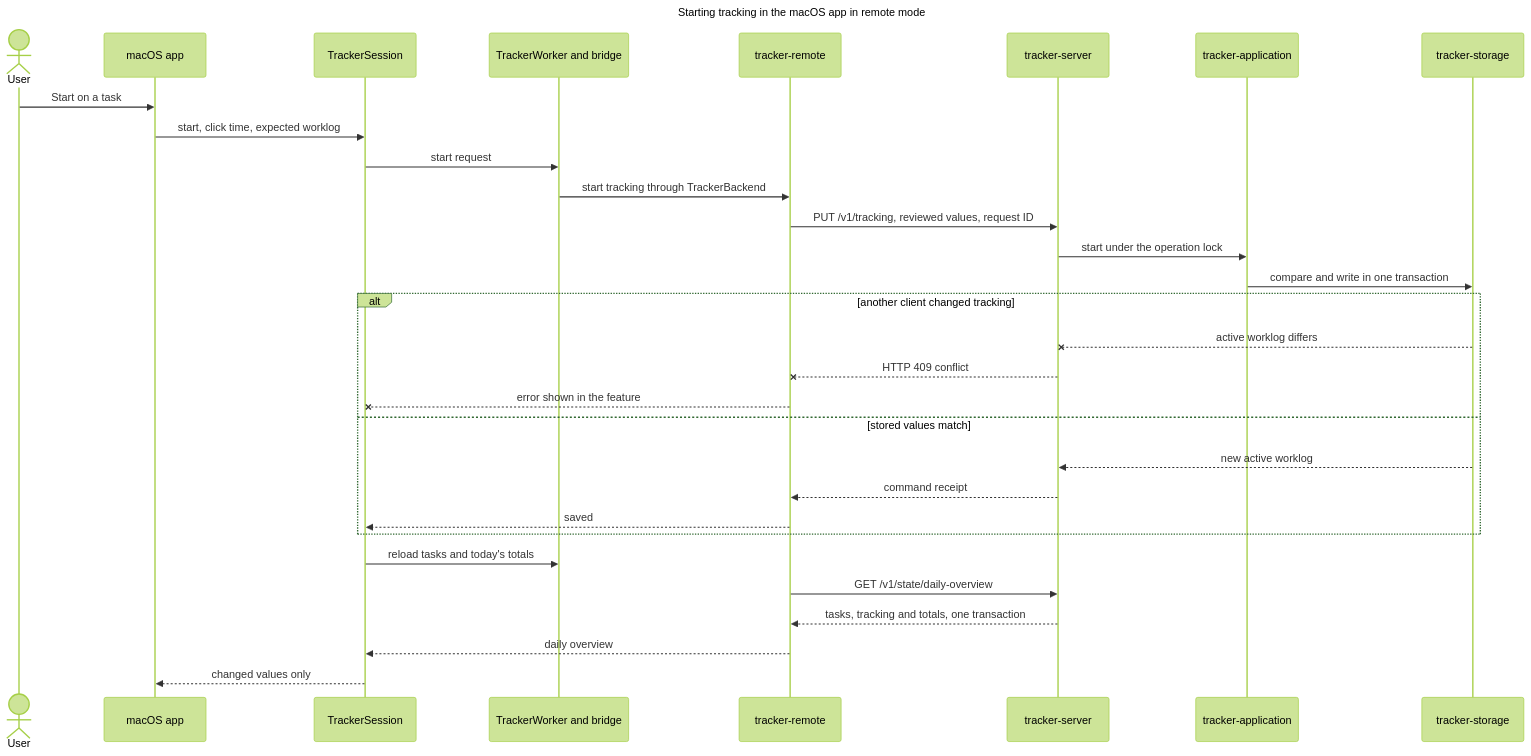
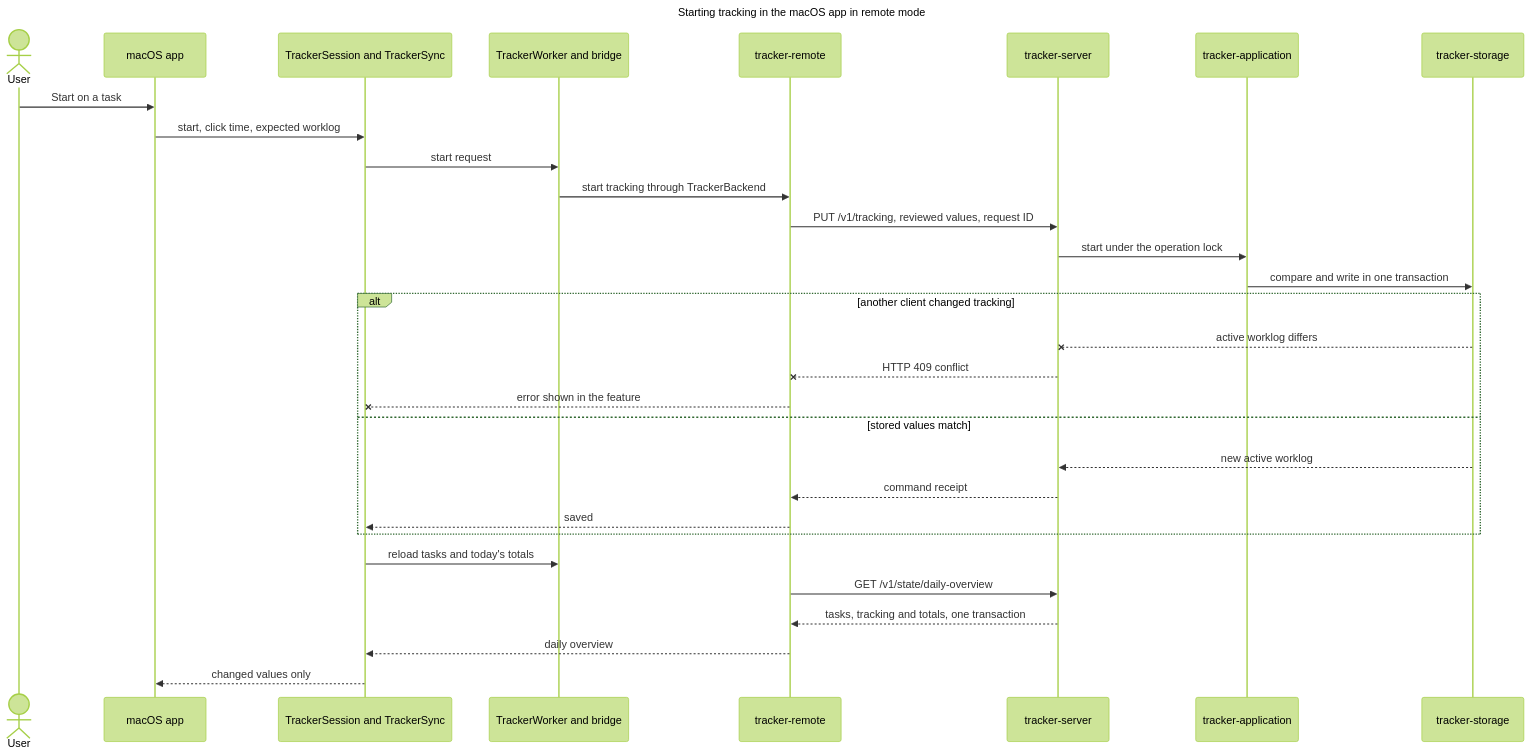
Before and after one commit to remshams/time-tracker: the fifth of 6 diagrams in docs/architecture/architecture.md, drawn with Mermaid (forest theme). The commit also changed 1 other file, not shown here.

Commit message:
docs(Architecture): show TrackerSync in the start tracking sequence
Refs #290

````diff
--- a/docs/architecture/architecture.md
+++ b/docs/architecture/architecture.md
@@ -238,35 +238,35 @@
 ```mermaid
 ---
 title: Starting tracking in the macOS app in remote mode
 ---
 sequenceDiagram
     actor User
     participant App as macOS app
-    participant Session as TrackerSession
+    participant Session as TrackerSession and TrackerSync
     participant Worker as TrackerWorker and bridge
     participant Remote as tracker-remote
     participant Server as tracker-server
     participant Application as tracker-application
     participant Storage as tracker-storage
     User->>App: Start on a task
     App->>Session: start, click time, expected worklog
     Session->>Worker: start request
     Worker->>Remote: start tracking through TrackerBackend
     Remote->>Server: PUT /v1/tracking, reviewed values, request ID
     Server->>Application: start under the operation lock
     Application->>Storage: compare and write in one transaction
     alt another client changed tracking
         Storage--xServer: active worklog differs
         Server--xRemote: HTTP 409 conflict
         Remote--xSession: error shown in the feature
     else stored values match
         Storage-->>Server: new active worklog
         Server-->>Remote: command receipt
         Remote-->>Session: saved
     end
     Session->>Worker: reload tasks and today's totals
     Remote->>Server: GET /v1/state/daily-overview
     Server-->>Remote: tasks, tracking and totals, one transaction
     Remote-->>Session: daily overview
     Session-->>App: changed values only
 ```
````
